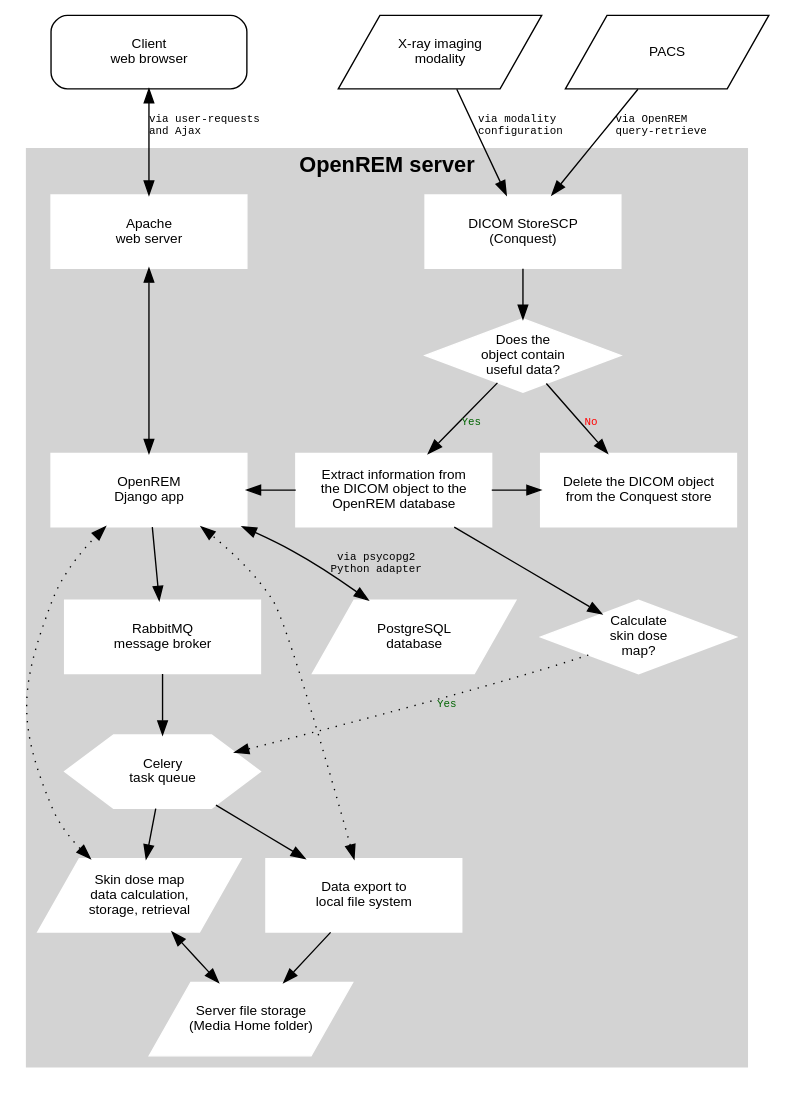
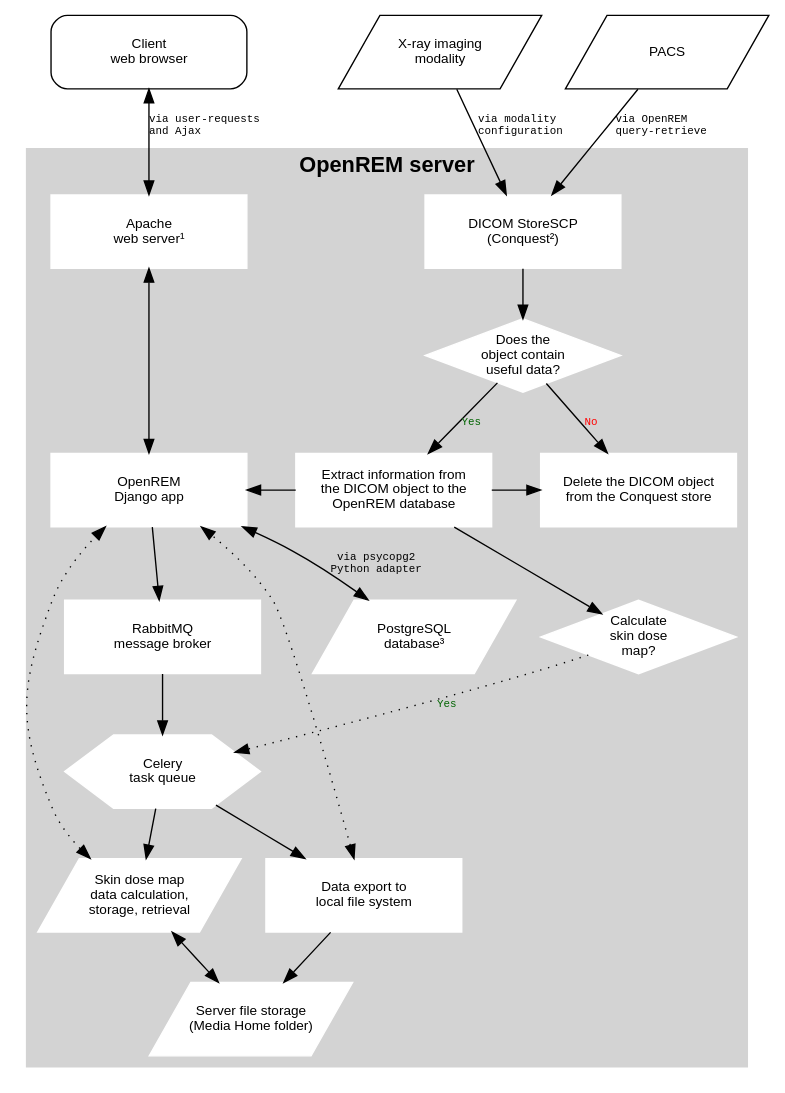
Before and after one commit to ckswilliams/modOpenREM: the diagram in docs/testgraphviz.rst, drawn with Graphviz. The commit also changed other lines of this file, not shown here.

```diff
--- a/docs/testgraphviz.rst
+++ b/docs/testgraphviz.rst
@@ -4,74 +4,74 @@
 .. graphviz::
 
    digraph {
       node [fixedsize=true width=2.0 height=0.75 fontsize=10 margin="0.0,0.0"];
 
       // Define the things on the server
       subgraph cluster_server {
 
          label="OpenREM server";
          tooltip="The server";
          fontname="Helvetica-bold";
          fontsize=16;
          style=filled;
          color=lightgrey;
          node [style=filled color=white];
 
          // Define the nodes for the data storage, display and retrieval
-         webserver [label="Apache\nweb server" fontname="Helvetica" tooltip="Serve web pages to the user" shape="box"];
+         webserver [label="Apache\nweb server&sup1;" fontname="Helvetica" tooltip="Serve web pages to the user" shape="box"];
          python_django [label="OpenREM\nDjango app" fontname="Helvetica" tooltip="Python web framework" shape="box"];
-         database [label="PostgreSQL\ndatabase" fontname="Helvetica" tooltip="Relational database management system" shape="parallelogram"];
+         database [label="PostgreSQL\ndatabase&sup3;" fontname="Helvetica" tooltip="Relational database management system" shape="parallelogram"];
          rabbitmq [label="RabbitMQ\nmessage broker" fontname="Helvetica" tooltip="Message broker" shape="box"];
          celery [label="Celery\ntask queue" fontname="Helvetica" tooltip="Asynchronous task queue" shape="hexagon"];
          skin_dose_map_data [label="Skin dose map\ndata calculation,\nstorage, retrieval" fontname="Helvetica" tooltip="Calculate, store and retrieve skin dose map data" shape="parallelogram"];
          server_media_folder [label="Server file storage\n(Media Home folder)" fontname="Helvetica" tooltip="File storage on the server" shape="parallelogram"];
          data_export [label="Data export to\nlocal file system" fontname="Helvetica" tooltip="Files are made available to the user via a web page URL" shape="box"];
 
          // Define the links between the data storage, display and retrieval
          webserver -> python_django [dir=both];
          python_django -> database [dir=both label="via psycopg2\nPython adapter" fontsize=8 fontname="Courier"];
          python_django -> rabbitmq;
          rabbitmq -> celery;
          celery -> skin_dose_map_data;
          celery -> data_export;
          skin_dose_map_data -> server_media_folder [dir=both];
          skin_dose_map_data -> python_django [style=dotted dir=both];
          data_export -> server_media_folder;
          data_export -> python_django [style=dotted dir=both];
 
          // Define the nodes for the DICOM store, database population and skin dose map calculation
-         conquest [label="DICOM StoreSCP\n(Conquest)" fontname="Helvetica" tooltip="Conquest, acting as a DICOM storage SCP" shape="box"];
+         conquest [label="DICOM StoreSCP\n(Conquest&sup2;)" fontname="Helvetica" tooltip="Conquest, acting as a DICOM storage SCP" shape="box"];
          conquest_script [shape=diamond label="Does the\nobject contain\nuseful data?" fontname="Helvetica" tooltip="Process the rules in dicom.ini"];
          populate_database [label="Extract information from\nthe DICOM object to the\nOpenREM database" fontname="Helvetica", tooltip="Extract data using OpenREM's python scripts" shape="box"];
          delete_object [label="Delete the DICOM object\nfrom the Conquest store" fontname="Helvetica" tooltip="Delete the DICOM object from the local store SCP" shape="box"];
          calc_skin_dose_map [shape=diamond label="Calculate\nskin dose\nmap?" fontname="Helvetica" tooltip="Calculate the skin dose map?"];
 
          // Define the links between the DICOM store, database population and skin dose map calculation
          conquest_script -> populate_database [label="Yes" fontcolor=darkgreen fontsize=8 fontname="Courier"];
          populate_database -> delete_object;
          conquest_script -> delete_object [label="No" fontcolor=red fontsize=8 fontname="Courier"];
          conquest -> conquest_script;
          populate_database -> calc_skin_dose_map;
 
          // Define the links between the two groups
          python_django -> populate_database [dir=back]
          calc_skin_dose_map -> celery [style=dotted label="Yes" fontcolor=darkgreen fontsize=8 fontname="Courier"]
 
          // Force certain nodes to be on the same level so that the diagram looks good (hopefully)
          {rank=same; webserver conquest};
          {rank=same; python_django populate_database delete_object}
       }
 
       // Define the web browser, modality and pacs nodes
       web_browser [label="Client\nweb browser" fontname="Helvetica" tooltip="The user's web browser" shape="box" style=rounded];
       modality [label="X-ray imaging\nmodality" fontname="Helvetica" tooltip="Data send from an x-ray imaging modality" shape="parallelogram"];
       pacs [label="PACS" fontname="Helvetica" tooltip="A Picture Archiving and Communication System" shape="parallelogram"];
 
       // Define the links that the browser, modality and pacs have
       web_browser -> webserver [dir=both label="via user-requests\land Ajax\l" fontsize=8 fontname="Courier" tooltip="Ajax used to retrieve chart data"];
       modality -> conquest [label="via modality\lconfiguration\l" fontsize=8 fontname="Courier"];
       pacs -> conquest [label="via OpenREM\lquery-retrieve\l" fontsize=8 fontname="Courier"];
 
       // Force the web browser, modality and pacs to be on the same level
       {rank=same; web_browser modality pacs};
    }
```
